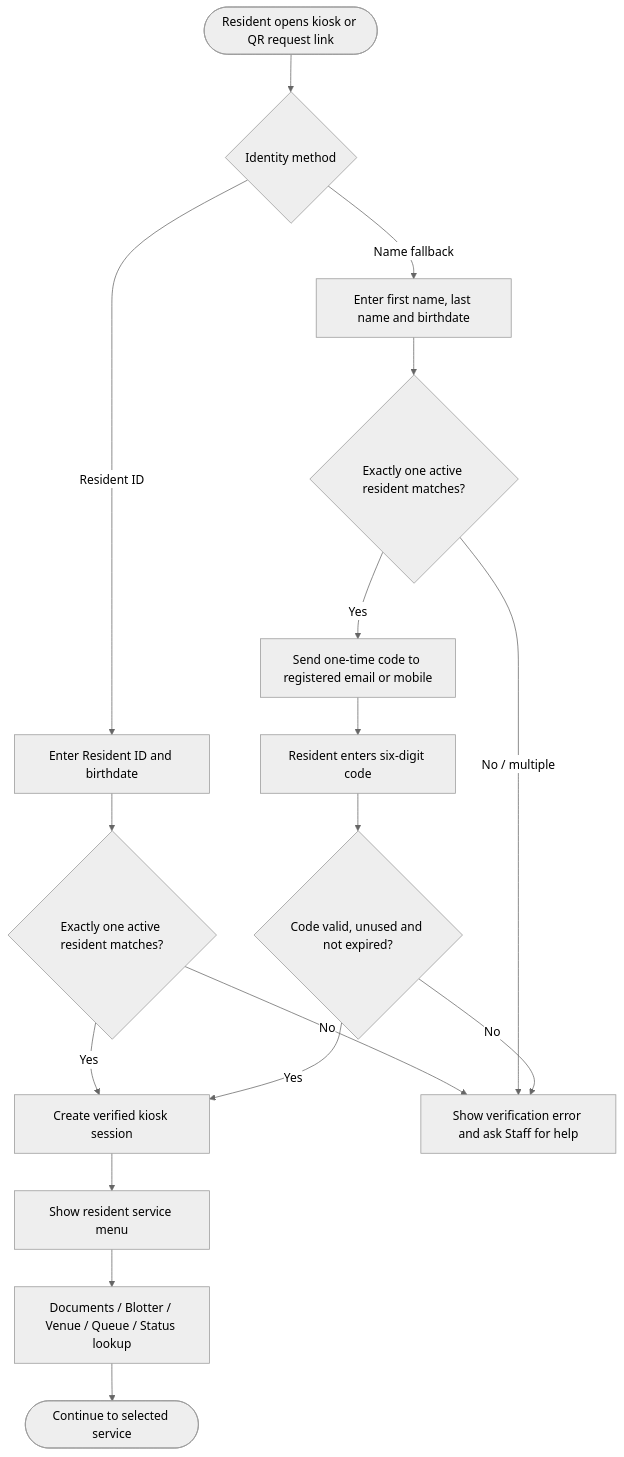
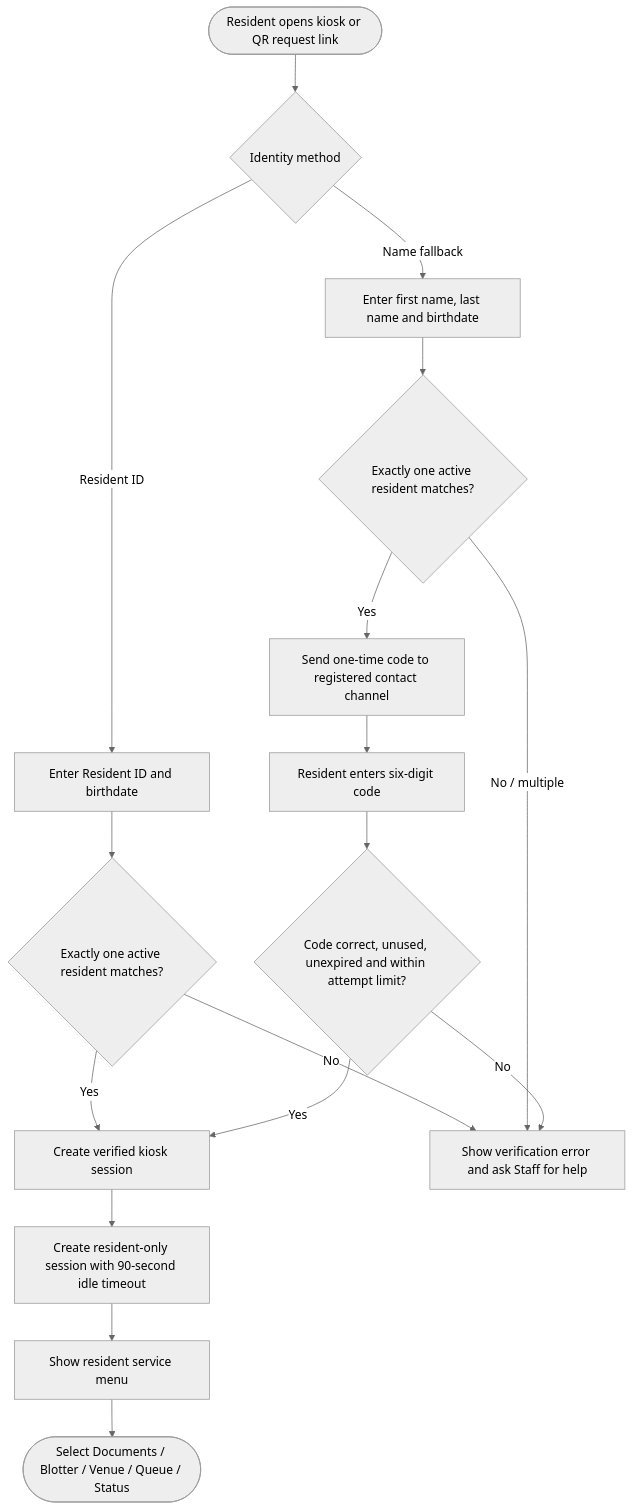
The first of 6 diagrams in docs/BRMS_BPMN.md (sachie34/Birms), drawn with Mermaid (neutral theme) before and after one commit. The commit also changed other lines of this file, not shown here.

````diff
--- a/docs/BRMS_BPMN.md
+++ b/docs/BRMS_BPMN.md
@@ -12,19 +12,19 @@
 ```mermaid
 flowchart TD
     A([Resident opens kiosk or QR request link]) --> B{Identity method}
     B -- Resident ID --> C[Enter Resident ID and birthdate]
     C --> D{Exactly one active resident matches?}
-    D -- Yes --> G[Create verified kiosk session]
+    D -- Yes --> J[Create verified kiosk session]
     D -- No --> E[Show verification error and ask Staff for help]
     B -- Name fallback --> F[Enter first name, last name and birthdate]
-    F --> H{Exactly one active resident matches?}
-    H -- No / multiple --> E
-    H -- Yes --> I[Send one-time code to registered email or mobile]
-    I --> J[Resident enters six-digit code]
-    J --> K{Code valid, unused and not expired?}
+    F --> G{Exactly one active resident matches?}
+    G -- No / multiple --> E
+    G -- Yes --> H[Send one-time code to registered contact channel]
+    H --> I[Resident enters six-digit code]
+    I --> K{Code correct, unused, unexpired and within attempt limit?}
     K -- No --> E
-    K -- Yes --> G
-    G --> L[Show resident service menu]
-    L --> M[Documents / Blotter / Venue / Queue / Status lookup]
-    M --> N([Continue to selected service])
+    K -- Yes --> J
+    J --> L[Create resident-only session with 90-second idle timeout]
+    L --> M[Show resident service menu]
+    M --> N([Select Documents / Blotter / Venue / Queue / Status])
 ```
````
